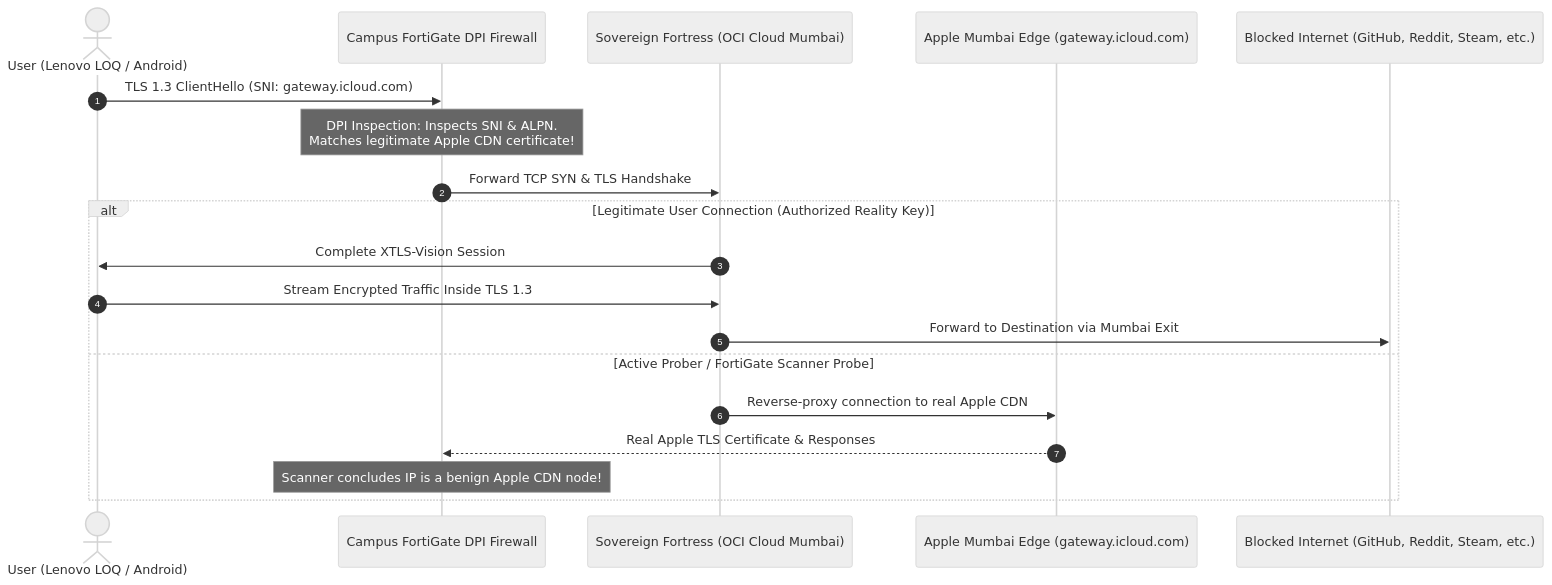
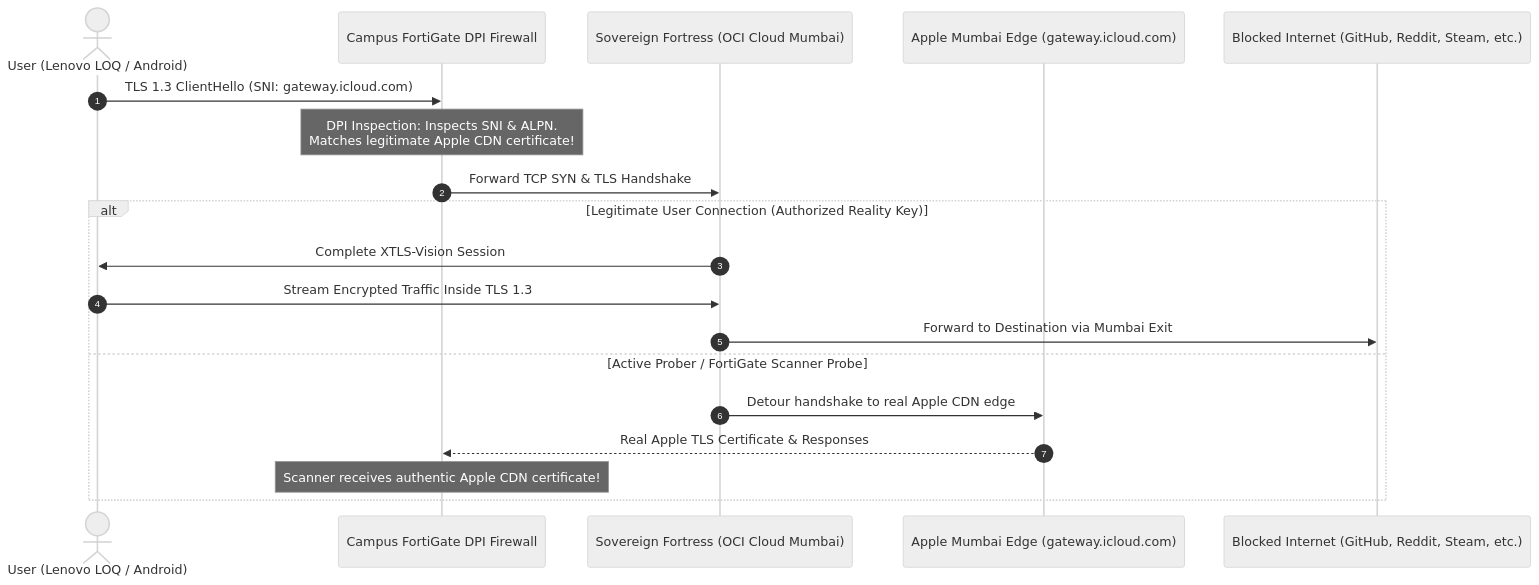
The third of 3 diagrams in README.md (harsh593-boop/sovereign-fortress), drawn with Mermaid (neutral theme) before and after one commit. The commit also changed other lines of this file and 13 other files, not shown here.

````diff
--- a/README.md
+++ b/README.md
@@ -90,22 +92,22 @@
 ```mermaid
 sequenceDiagram
     autonumber
     actor User as User (Lenovo LOQ / Android)
     participant FortiGate as Campus FortiGate DPI Firewall
     participant Fortress as Sovereign Fortress (OCI Cloud Mumbai)
     participant Apple as Apple Mumbai Edge (gateway.icloud.com)
     participant Target as Blocked Internet (GitHub, Reddit, Steam, etc.)
 
     User->>FortiGate: TLS 1.3 ClientHello (SNI: gateway.icloud.com)
     Note over FortiGate: DPI Inspection: Inspects SNI & ALPN.<br/>Matches legitimate Apple CDN certificate!
     FortiGate->>Fortress: Forward TCP SYN & TLS Handshake
     alt Legitimate User Connection (Authorized Reality Key)
         Fortress->>User: Complete XTLS-Vision Session
         User->>Fortress: Stream Encrypted Traffic Inside TLS 1.3
         Fortress->>Target: Forward to Destination via Mumbai Exit
     else Active Prober / FortiGate Scanner Probe
-        Fortress->>Apple: Reverse-proxy connection to real Apple CDN
+        Fortress->>Apple: Detour handshake to real Apple CDN edge
         Apple-->>FortiGate: Real Apple TLS Certificate & Responses
-        Note over FortiGate: Scanner concludes IP is a benign Apple CDN node!
+        Note over FortiGate: Scanner receives authentic Apple CDN certificate!
     end
 ```
````
